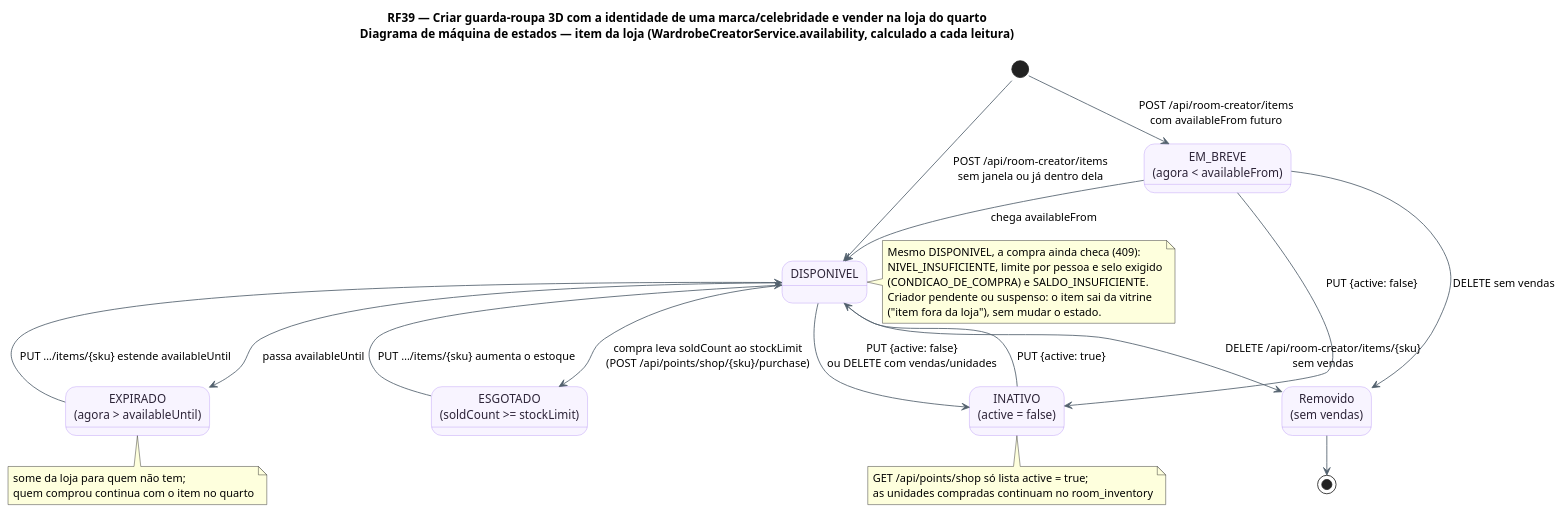
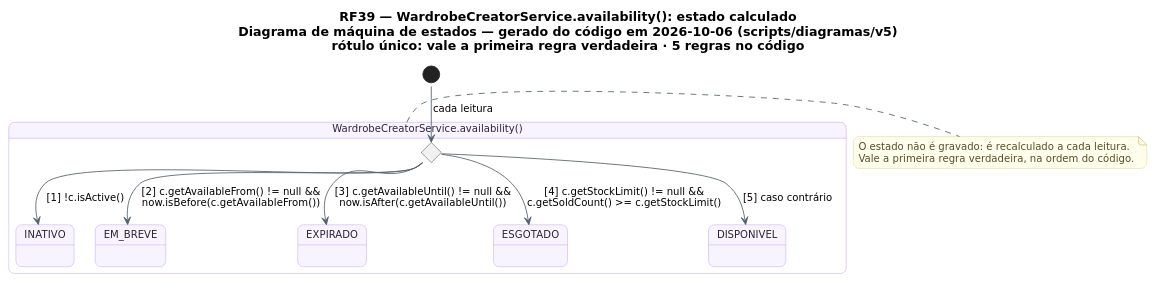
The diagram in docs/diagramas/RF39/RF39-maquinadeestados-item-loja.puml (MatheusHaliski/tcc-2026-fashion-ai-backend), drawn with PlantUML before and after one commit. The commit also changed 799 other files, not shown here.

```diff
--- a/docs/diagramas/RF39/RF39-maquinadeestados-item-loja.puml
+++ b/docs/diagramas/RF39/RF39-maquinadeestados-item-loja.puml
@@ -1,39 +1,42 @@
 @startuml RF39_MaquinaDeEstados_ItemDaLoja
 !pragma layout smetana
-title RF39 — Criar guarda-roupa 3D com a identidade de uma marca/celebridade e vender na loja do quarto\nDiagrama de máquina de estados — item da loja (WardrobeCreatorService.availability, calculado a cada leitura)
 skinparam backgroundColor #FFFFFF
+skinparam shadowing false
+skinparam defaultFontName "DejaVu Sans"
+skinparam defaultFontSize 12
+skinparam titleFontSize 15
+skinparam roundcorner 14
+skinparam ArrowColor #52606D
+skinparam note {
+  BackgroundColor #FFFDEB
+  BorderColor #D8CE78
+  FontColor #554F24
+}
 skinparam state {
   BackgroundColor #F8F4FF
   BorderColor #B695F5
   FontColor #2D2438
-  ArrowColor #52606D
+  StartColor #20A77A
+  EndColor #4B5563
 }
-state "EM_BREVE\n(agora < availableFrom)" as EM_BREVE
-state "DISPONIVEL" as DISPONIVEL
-state "ESGOTADO\n(soldCount >= stockLimit)" as ESGOTADO
-state "EXPIRADO\n(agora > availableUntil)" as EXPIRADO
-state "INATIVO\n(active = false)" as INATIVO
-state "Removido\n(sem vendas)" as Removido
-[*] --> EM_BREVE : POST /api/room-creator/items\ncom availableFrom futuro
-[*] --> DISPONIVEL : POST /api/room-creator/items\nsem janela ou já dentro dela
-EM_BREVE --> DISPONIVEL : chega availableFrom
-DISPONIVEL --> ESGOTADO : compra leva soldCount ao stockLimit\n(POST /api/points/shop/{sku}/purchase)
-DISPONIVEL --> EXPIRADO : passa availableUntil
-ESGOTADO --> DISPONIVEL : PUT …/items/{sku} aumenta o estoque
-EXPIRADO --> DISPONIVEL : PUT …/items/{sku} estende availableUntil
-DISPONIVEL --> INATIVO : PUT {active: false}\nou DELETE com vendas/unidades
-EM_BREVE --> INATIVO : PUT {active: false}
-INATIVO --> DISPONIVEL : PUT {active: true}
-DISPONIVEL --> Removido : DELETE /api/room-creator/items/{sku}\nsem vendas
-EM_BREVE --> Removido : DELETE sem vendas
-Removido --> [*]
-note right of DISPONIVEL
-Mesmo DISPONIVEL, a compra ainda checa (409):
-NIVEL_INSUFICIENTE, limite por pessoa e selo exigido
-(CONDICAO_DE_COMPRA) e SALDO_INSUFICIENTE.
-Criador pendente ou suspenso: o item sai da vitrine
-("item fora da loja"), sem mudar o estado.
+title RF39 — WardrobeCreatorService.availability(): estado calculado\nDiagrama de máquina de estados — gerado do código em 2026-10-06 (scripts/diagramas/v5)\nrótulo único: vale a primeira regra verdadeira · 5 regras no código
+
+state "WardrobeCreatorService.availability()" as C_availability {
+  state C_availability_avaliar <<choice>>
+  state "INATIVO" as C_availability_INATIVO
+  state "EM_BREVE" as C_availability_EM_BREVE
+  state "EXPIRADO" as C_availability_EXPIRADO
+  state "ESGOTADO" as C_availability_ESGOTADO
+  state "DISPONIVEL" as C_availability_DISPONIVEL
+}
+[*] --> C_availability_avaliar : cada leitura
+C_availability_avaliar --> C_availability_INATIVO : [1] !c.isActive()
+C_availability_avaliar --> C_availability_EM_BREVE : [2] c.getAvailableFrom() != null &&\nnow.isBefore(c.getAvailableFrom())
+C_availability_avaliar --> C_availability_EXPIRADO : [3] c.getAvailableUntil() != null &&\nnow.isAfter(c.getAvailableUntil())
+C_availability_avaliar --> C_availability_ESGOTADO : [4] c.getStockLimit() != null &&\nc.getSoldCount() >= c.getStockLimit()
+C_availability_avaliar --> C_availability_DISPONIVEL : [5] caso contrário
+note right of C_availability
+  O estado não é gravado: é recalculado a cada leitura.
+  Vale a primeira regra verdadeira, na ordem do código.
 end note
-note bottom of EXPIRADO : some da loja para quem não tem;\nquem comprou continua com o item no quarto
-note bottom of INATIVO : GET /api/points/shop só lista active = true;\nas unidades compradas continuam no room_inventory
 @enduml
```
